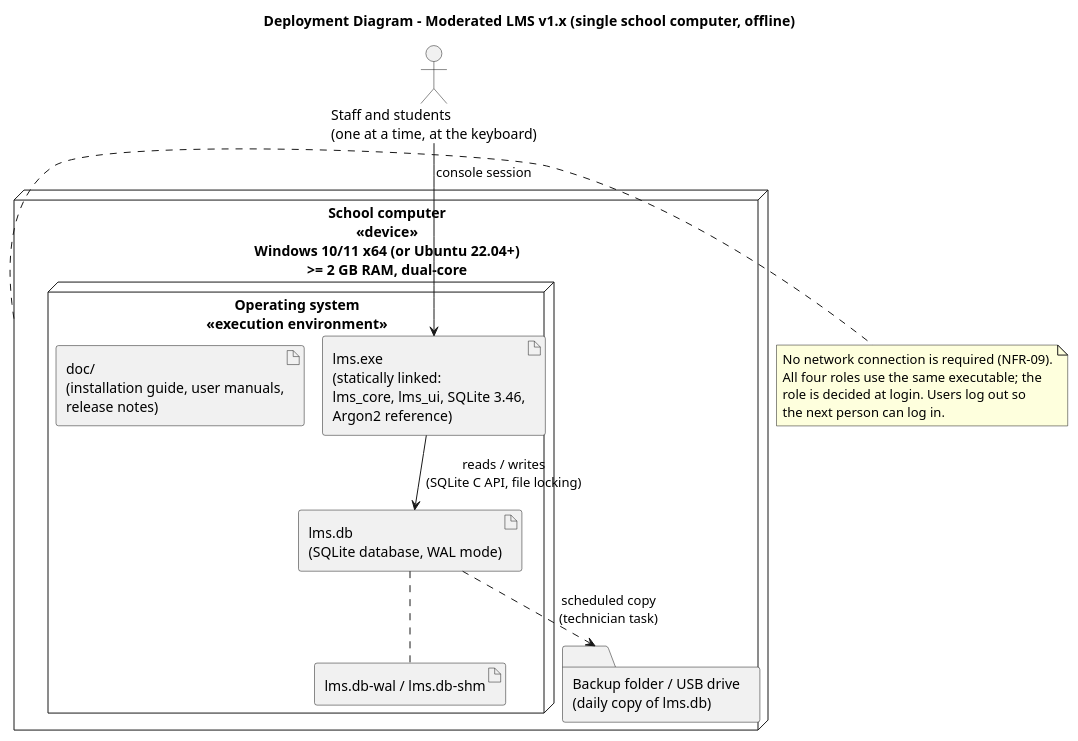
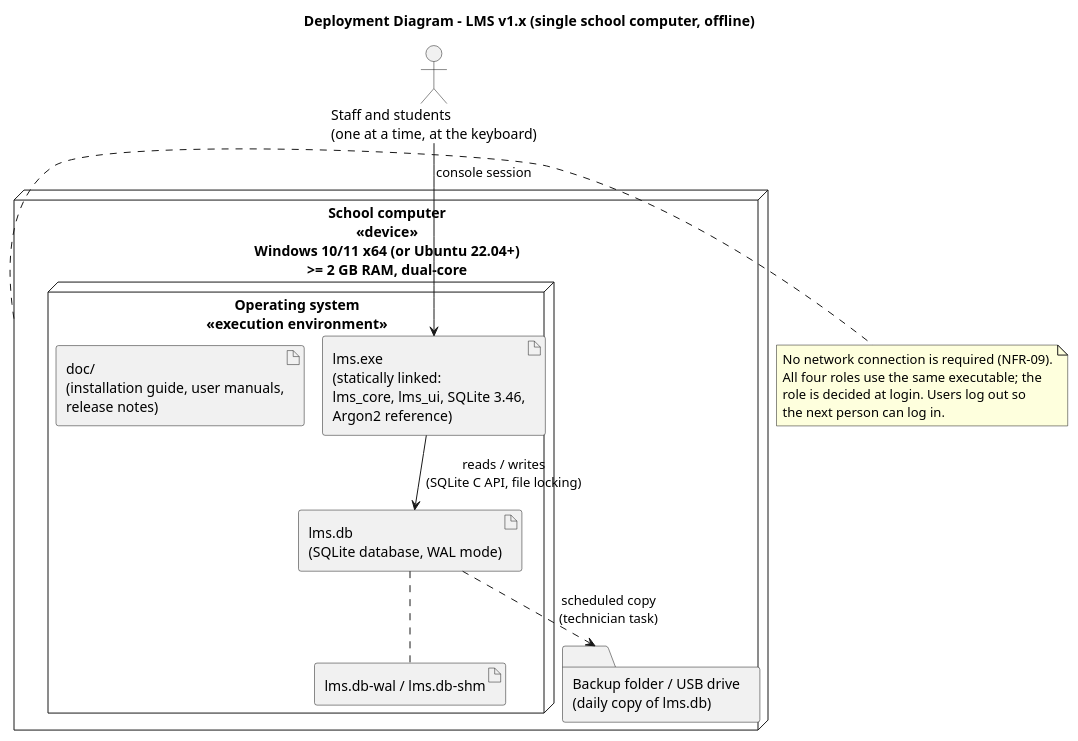
One commit to victormonyekem02-sudo/Edu-Management-System changed the diagram in docs/diagrams/deployment.puml. Above: the diagram before and after it, drawn with PlantUML. The commit also changed 33 other files, not shown here.

```diff
--- a/docs/diagrams/deployment.puml
+++ b/docs/diagrams/deployment.puml
@@ -1,28 +1,28 @@
 @startuml deployment
 !pragma layout smetana
-title Deployment Diagram - Moderated LMS v1.x (single school computer, offline)
+title Deployment Diagram - LMS v1.x (single school computer, offline)
 
 node "School computer\n<<device>>\nWindows 10/11 x64 (or Ubuntu 22.04+)\n>= 2 GB RAM, dual-core" as PC {
   node "Operating system\n<<execution environment>>" as OS {
     artifact "lms.exe\n(statically linked:\nlms_core, lms_ui, SQLite 3.46,\nArgon2 reference)" as EXE
     artifact "lms.db\n(SQLite database, WAL mode)" as DB
     artifact "lms.db-wal / lms.db-shm" as WAL
     artifact "doc/\n(installation guide, user manuals,\nrelease notes)" as DOCS
   }
   folder "Backup folder / USB drive\n(daily copy of lms.db)" as BK
 }
 
 actor "Staff and students\n(one at a time, at the keyboard)" as Users
 
 Users --> EXE : console session
 EXE --> DB : reads / writes\n(SQLite C API, file locking)
 DB .. WAL
 DB ..> BK : scheduled copy\n(technician task)
 
 note right of PC
   No network connection is required (NFR-09).
   All four roles use the same executable; the
   role is decided at login. Users log out so
   the next person can log in.
 end note
 @enduml
```
